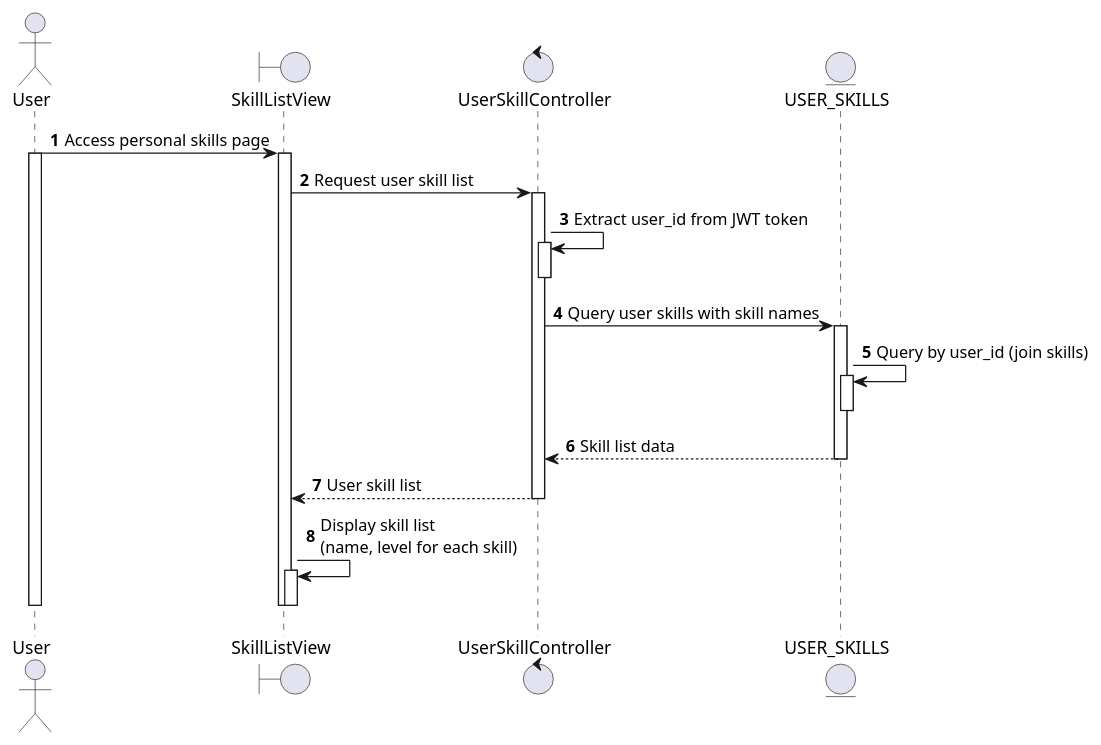
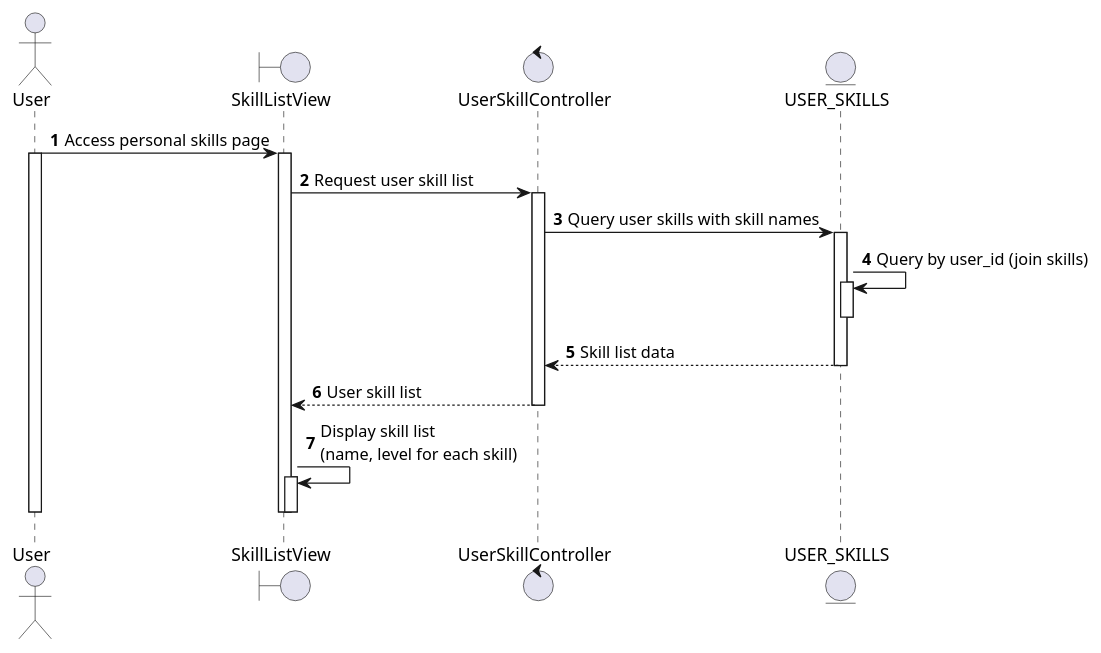
One commit to taskpilot-platform/taskpilot-platform.github.io changed the diagram in docs/docs/sequence/user-skills/view-personal-skill-list.md. Above: the diagram before and after it, drawn with PlantUML. The commit also changed 65 other files, not shown here.

Commit message:
docs: Add new sequence diagrams for various platform functionalities including project, task, sprint, user, and AI assistant management.

````diff
--- a/docs/docs/sequence/user-skills/view-personal-skill-list.md
+++ b/docs/docs/sequence/user-skills/view-personal-skill-list.md
@@ -3,34 +3,36 @@
 ```plantuml
 @startuml
 autonumber
 
 actor User as U
 boundary SkillListView as SLV
 control UserSkillController as USC
 entity USER_SKILLS as USK
 
 U -> SLV: Access personal skills page
 activate U
 activate SLV
+
 SLV -> USC: Request user skill list
 activate USC
-USC -> USC: Extract user_id from JWT token
-activate USC
-deactivate USC
+
 USC -> USK: Query user skills with skill names
 activate USK
 USK -> USK: Query by user_id (join skills)
 activate USK
 deactivate USK
 USC <-- USK: Skill list data
 deactivate USK
+
 SLV <-- USC: User skill list
 deactivate USC
+
 SLV -> SLV: Display skill list\n(name, level for each skill)
 activate SLV
 deactivate SLV
+
 deactivate SLV
 deactivate U
 
 @enduml
 ```
````
